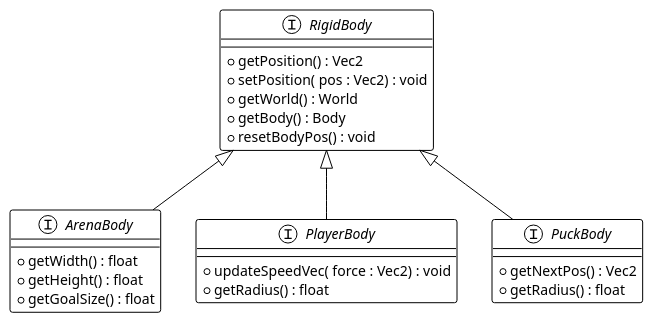
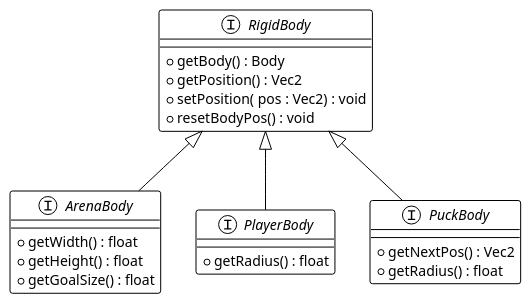
Before and after one commit to Borgotto/OOP21-air-hockey: the second of 6 diagrams in UML/PlantUML-code/PhysicsUML.plantuml, drawn with PlantUML. The commit also changed other lines of this file, not shown here.

Commit message:
Update Physics UML

```diff
--- a/UML/PlantUML-code/PhysicsUML.plantuml
+++ b/UML/PlantUML-code/PhysicsUML.plantuml
@@ -25,32 +25,30 @@
 @startuml RigidBody-interface-tree
 !theme plain
 
 interface RigidBody{
+    + getBody() : Body
     + getPosition() : Vec2
     + setPosition( pos : Vec2) : void
-    + getWorld() : World
-    + getBody() : Body
     + resetBodyPos() : void
 }
 
 interface ArenaBody{
     + getWidth() : float
     + getHeight() : float
     + getGoalSize() : float
 }
 
 interface PlayerBody{
-    + updateSpeedVec( force : Vec2) : void
     + getRadius() : float
 }
 
 interface PuckBody{
     + getNextPos() : Vec2
     + getRadius() : float
 }
 
 interface ArenaBody extends RigidBody
 interface PlayerBody extends RigidBody
 interface PuckBody extends RigidBody
 
 @enduml
```
